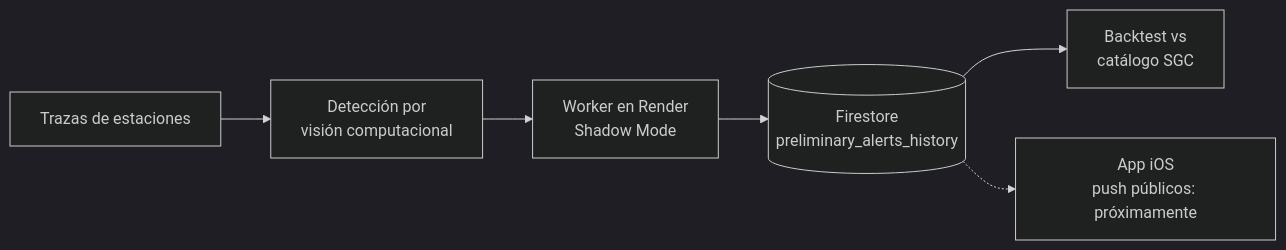
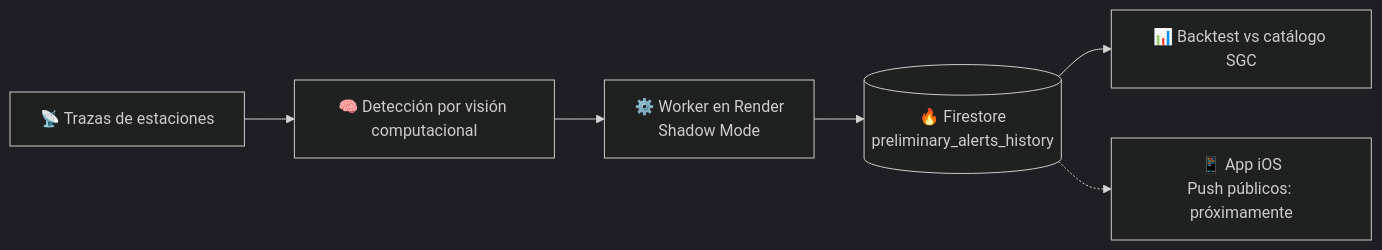
One commit to jeancarlo12/jeancarlo12 changed the diagram in README.md. Above: the diagram before and after it, drawn with Mermaid (dark theme). The commit also changed other lines of this file, not shown here.

````diff
--- a/README.md
+++ b/README.md
@@ -29,8 +35,8 @@
 ```mermaid
 flowchart LR
-    A[Trazas de estaciones] --> B[Detección por<br/>visión computacional]
-    B --> C[Worker en Render<br/>Shadow Mode]
-    C --> D[(Firestore<br/>preliminary_alerts_history)]
-    D --> E[Backtest vs<br/>catálogo SGC]
-    D -.-> F[App iOS<br/>push públicos: próximamente]
+    A[📡 Trazas de estaciones] --> B[🧠 Detección por visión computacional]
+    B --> C[⚙️ Worker en Render<br/>Shadow Mode]
+    C --> D[(🔥 Firestore<br/>preliminary_alerts_history)]
+    D --> E[📊 Backtest vs catálogo SGC]
+    D -.-> F[📱 App iOS<br/>Push públicos: próximamente]
 ```
````
